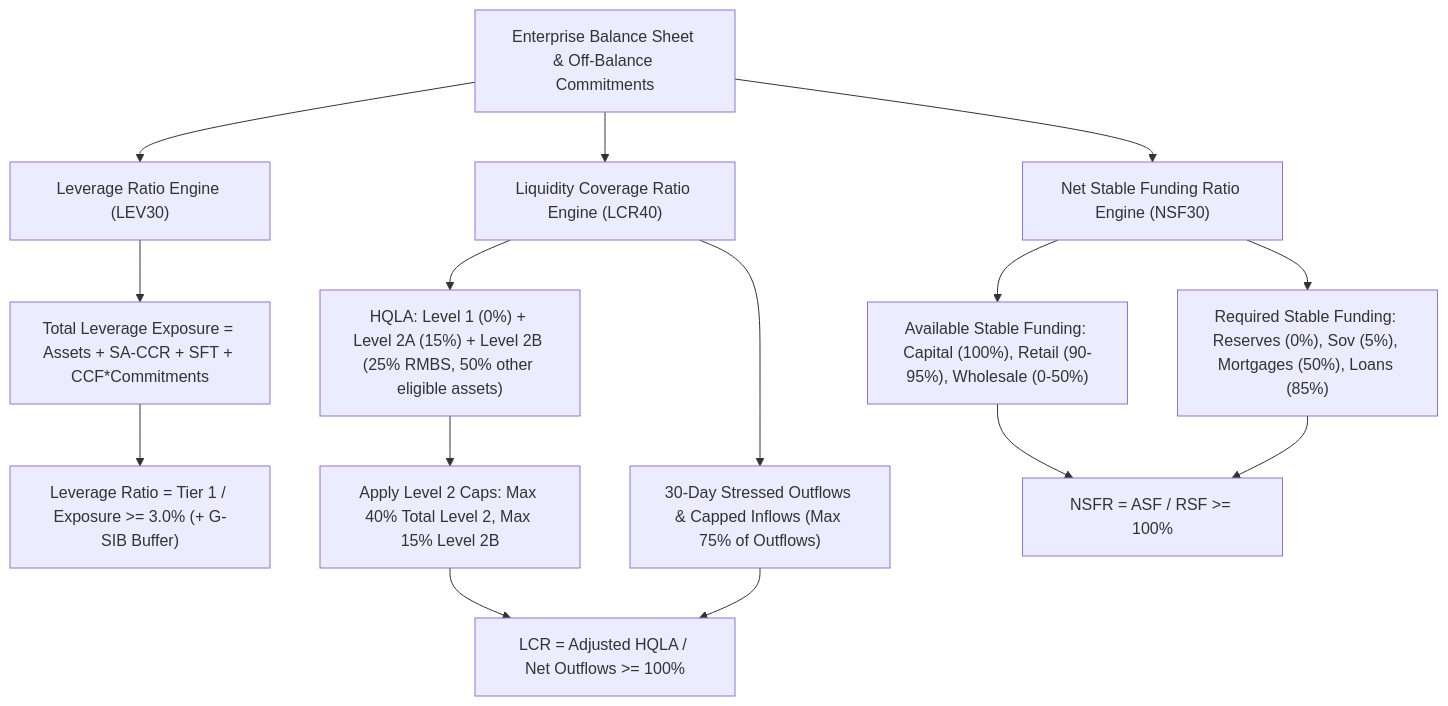
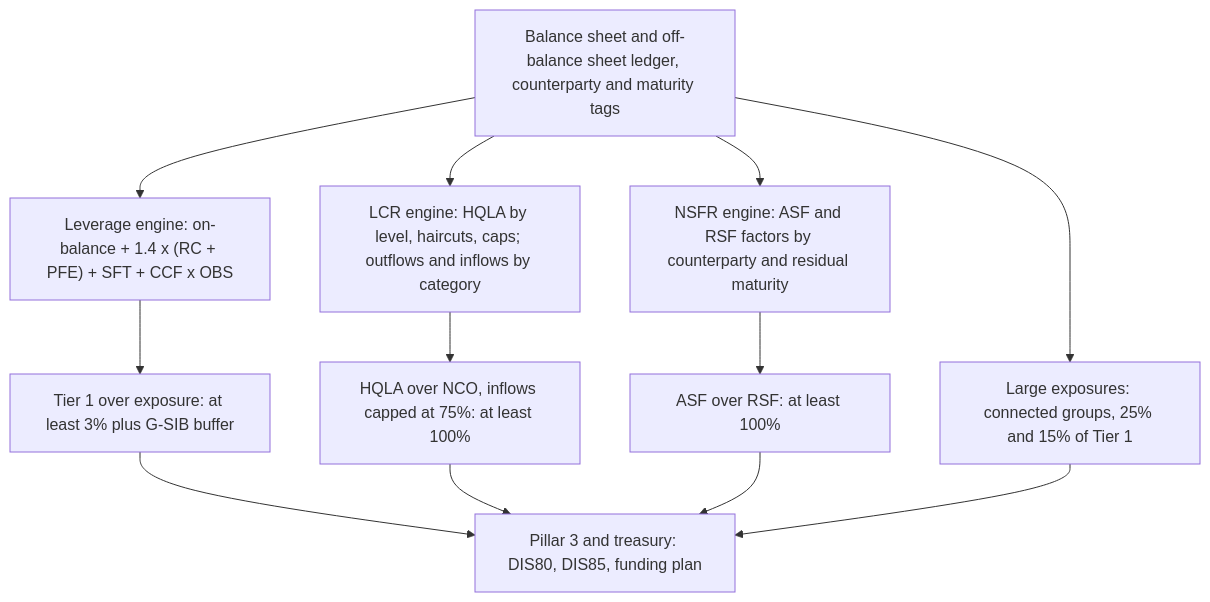
One commit to shreejitverma/The-Quant-Prep changed the diagram in 17-Regulatory-Capital-Basel-and-FRTB/15-Leverage-Ratio-and-Liquidity-Ratios-LCR-and-NSFR.md. Above: the diagram before and after it, drawn with Mermaid. The commit also changed other lines of this file and 8 other files, not shown here.

````diff
--- a/17-Regulatory-Capital-Basel-and-FRTB/15-Leverage-Ratio-and-Liquidity-Ratios-LCR-and-NSFR.md
+++ b/17-Regulatory-Capital-Basel-and-FRTB/15-Leverage-Ratio-and-Liquidity-Ratios-LCR-and-NSFR.md
@@ -150,18 +141,14 @@
 ```mermaid
 flowchart TD
-    A["Enterprise Balance Sheet & Off-Balance Commitments"] --> B["Leverage Ratio Engine (LEV30)"]
-    A --> C["Liquidity Coverage Ratio Engine (LCR40)"]
-    A --> D["Net Stable Funding Ratio Engine (NSF30)"]
-    
-    B --> E["Total Leverage Exposure = Assets + SA-CCR + SFT + CCF*Commitments"]
-    E --> F["Leverage Ratio = Tier 1 / Exposure >= 3.0% (+ G-SIB Buffer)"]
-    
-    C --> G["HQLA: Level 1 (0%) + Level 2A (15%) + Level 2B (25% RMBS, 50% other eligible assets)"]
-    G --> H["Apply Level 2 Caps: Max 40% Total Level 2, Max 15% Level 2B"]
-    C --> I["30-Day Stressed Outflows & Capped Inflows (Max 75% of Outflows)"]
-    H & I --> J["LCR = Adjusted HQLA / Net Outflows >= 100%"]
-    
-    D --> K["Available Stable Funding: Capital (100%), Retail (90-95%), Wholesale (0-50%)"]
-    D --> L["Required Stable Funding: Reserves (0%), Sov (5%), Mortgages (50%), Loans (85%)"]
-    K & L --> M["NSFR = ASF / RSF >= 100%"]
+    BS["Balance sheet and off-balance sheet ledger, counterparty and maturity tags"] --> LEV["Leverage engine: on-balance + 1.4 x (RC + PFE) + SFT + CCF x OBS"]
+    BS --> LCR["LCR engine: HQLA by level, haircuts, caps; outflows and inflows by category"]
+    BS --> NSFR["NSFR engine: ASF and RSF factors by counterparty and residual maturity"]
+    BS --> LEX["Large exposures: connected groups, 25% and 15% of Tier 1"]
+    LEV --> LR["Tier 1 over exposure: at least 3% plus G-SIB buffer"]
+    LCR --> L1["HQLA over NCO, inflows capped at 75%: at least 100%"]
+    NSFR --> N1["ASF over RSF: at least 100%"]
+    LR --> REP["Pillar 3 and treasury: DIS80, DIS85, funding plan"]
+    L1 --> REP
+    N1 --> REP
+    LEX --> REP
 ```
````
